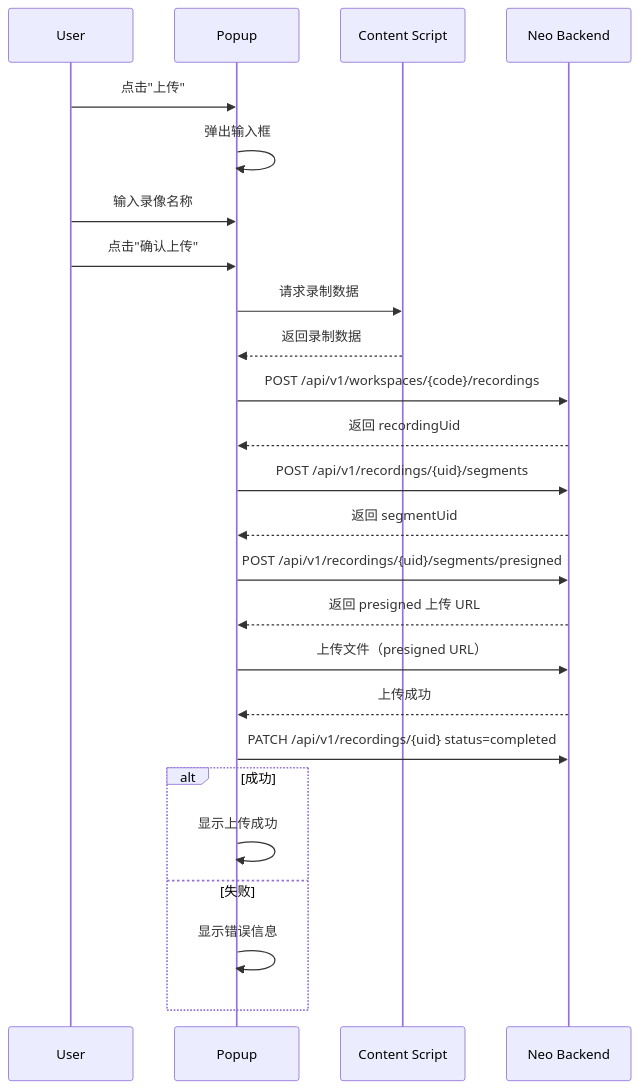
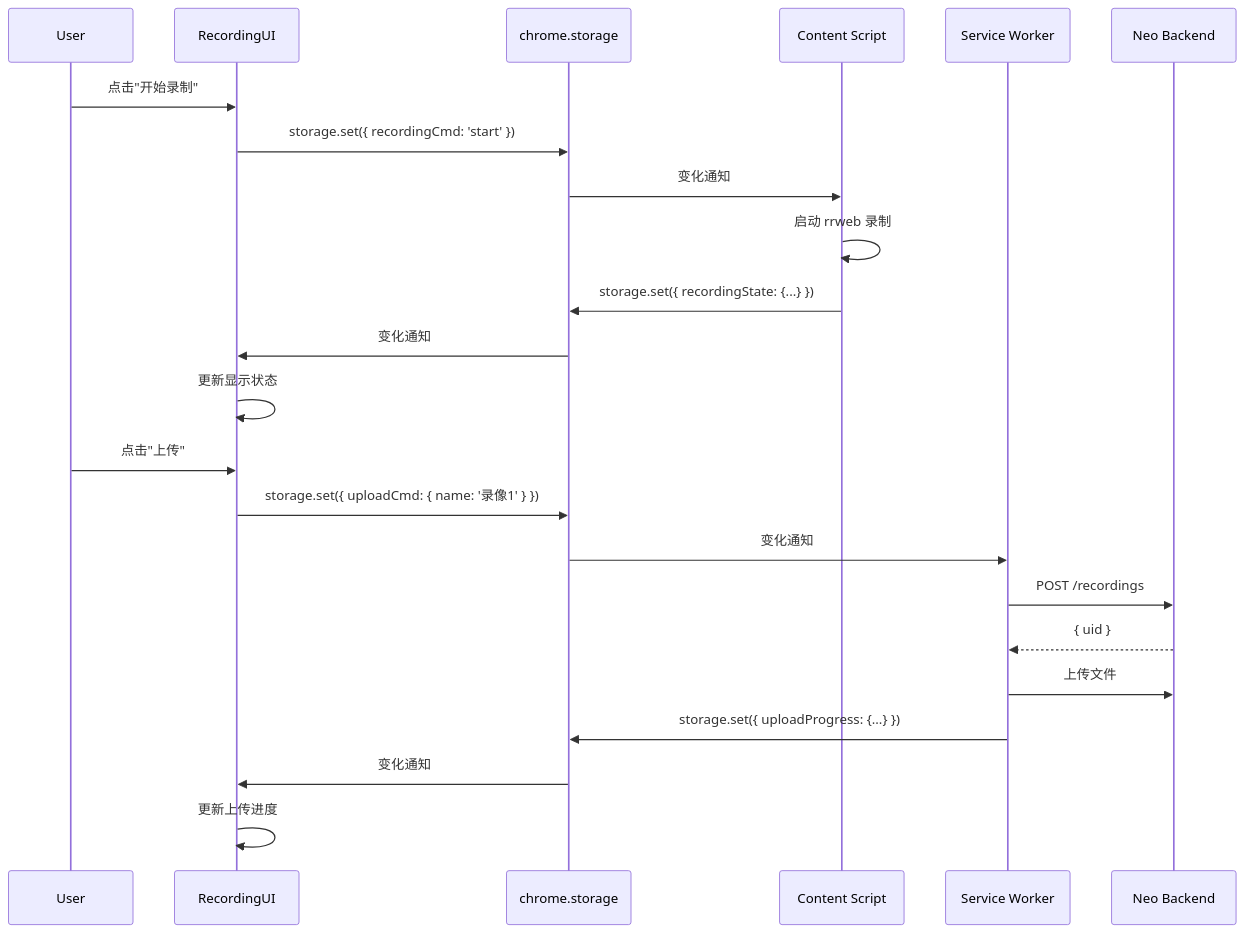
One commit to zhaoxin34/matrix changed the second of 2 diagrams in neo/design/docs/technical/agent-steer/recording.md. Above: the diagram before and after it, drawn with Mermaid. The commit also changed other lines of this file and 1 other file, not shown here.

Commit message:
docs(agent-steer): redesign recording module with component-based architecture

````diff
--- a/neo/design/docs/technical/agent-steer/recording.md
+++ b/neo/design/docs/technical/agent-steer/recording.md
@@ -52,28 +241,27 @@
 ```mermaid
 sequenceDiagram
     participant User
-    participant Popup
+    participant UI as RecordingUI
+    participant Storage as chrome.storage
     participant CS as Content Script
+    participant SW as Service Worker
     participant API as Neo Backend
 
-    User->>Popup: 点击"上传"
-    Popup->>Popup: 弹出输入框
-    User->>Popup: 输入录像名称
-    User->>Popup: 点击"确认上传"
-    Popup->>CS: 请求录制数据
-    CS-->>Popup: 返回录制数据
-    Popup->>API: POST /api/v1/workspaces/{code}/recordings
-    API-->>Popup: 返回 recordingUid
-    Popup->>API: POST /api/v1/recordings/{uid}/segments
-    API-->>Popup: 返回 segmentUid
-    Popup->>API: POST /api/v1/recordings/{uid}/segments/presigned
-    API-->>Popup: 返回 presigned 上传 URL
-    Popup->>API: 上传文件（presigned URL）
-    API-->>Popup: 上传成功
-    Popup->>API: PATCH /api/v1/recordings/{uid} status=completed
-    alt 成功
-        Popup->>Popup: 显示上传成功
-    else 失败
-        Popup->>Popup: 显示错误信息
-    end
+    User->>UI: 点击"开始录制"
+    UI->>Storage: storage.set({ recordingCmd: 'start' })
+    Storage->>CS: 变化通知
+    CS->>CS: 启动 rrweb 录制
+    CS->>Storage: storage.set({ recordingState: {...} })
+    Storage->>UI: 变化通知
+    UI->>UI: 更新显示状态
+
+    User->>UI: 点击"上传"
+    UI->>Storage: storage.set({ uploadCmd: { name: '录像1' } })
+    Storage->>SW: 变化通知
+    SW->>API: POST /recordings
+    API-->>SW: { uid }
+    SW->>API: 上传文件
+    SW->>Storage: storage.set({ uploadProgress: {...} })
+    Storage->>UI: 变化通知
+    UI->>UI: 更新上传进度
 ```
````
